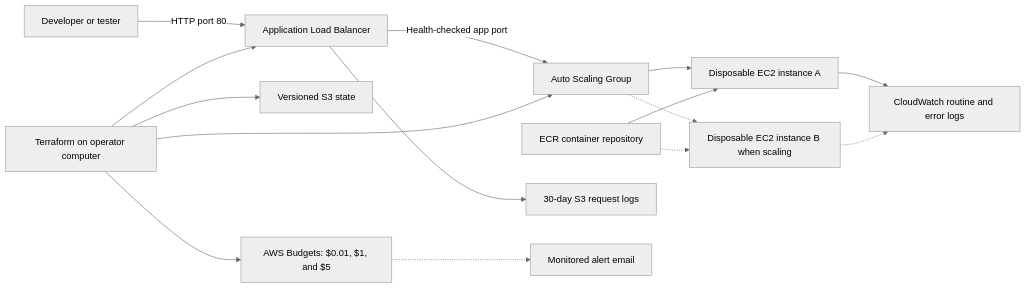
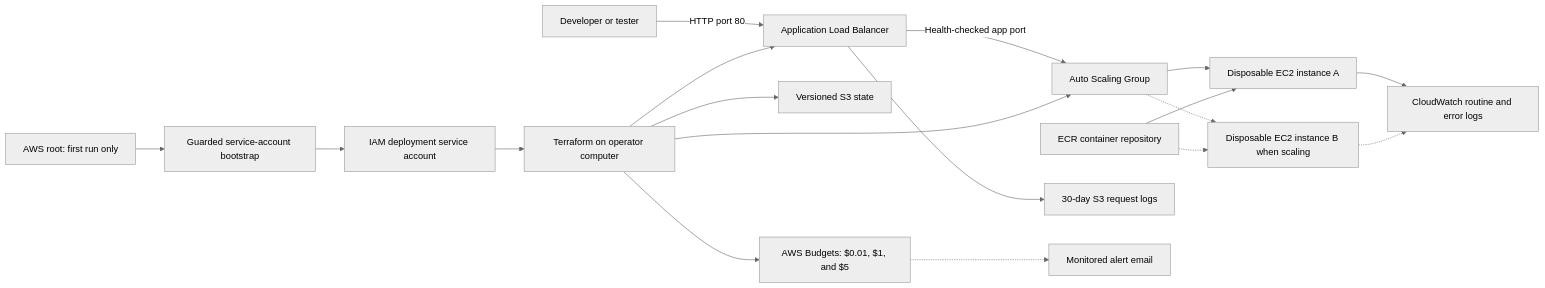
Before and after one commit to cbieger/AWS-EnvBuilder: the diagram in docs/ARCHITECTURE.md, drawn with Mermaid (neutral theme). The commit also changed other lines of this file and 18 other files, not shown here.

First line of the commit message:
feat: package guarded AWS service-account bootstrap

````diff
--- a/docs/ARCHITECTURE.md
+++ b/docs/ARCHITECTURE.md
@@ -9,17 +9,20 @@
 ```mermaid
 flowchart LR
+    root["AWS root: first run only"] --> bootstrap["Guarded service-account bootstrap"]
+    bootstrap --> deployer["IAM deployment service account"]
+    deployer --> terraform
     user["Developer or tester"] -->|"HTTP port 80"| alb["Application Load Balancer"]
     alb -->|"Health-checked app port"| asg["Auto Scaling Group"]
     asg --> instance1["Disposable EC2 instance A"]
     asg -.-> instance2["Disposable EC2 instance B when scaling"]
     ecr["ECR container repository"] --> instance1
     ecr -.-> instance2
     instance1 --> cw["CloudWatch routine and error logs"]
     instance2 -.-> cw
     alb --> s3logs["30-day S3 request logs"]
     terraform["Terraform on operator computer"] --> state["Versioned S3 state"]
     budgets["AWS Budgets: $0.01, $1, and $5"] -.-> email["Monitored alert email"]
     terraform --> alb
     terraform --> asg
     terraform --> budgets
 ```
````
